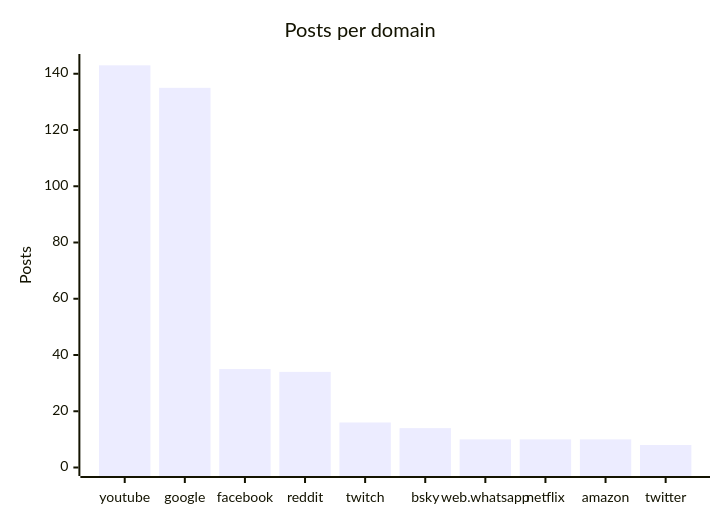
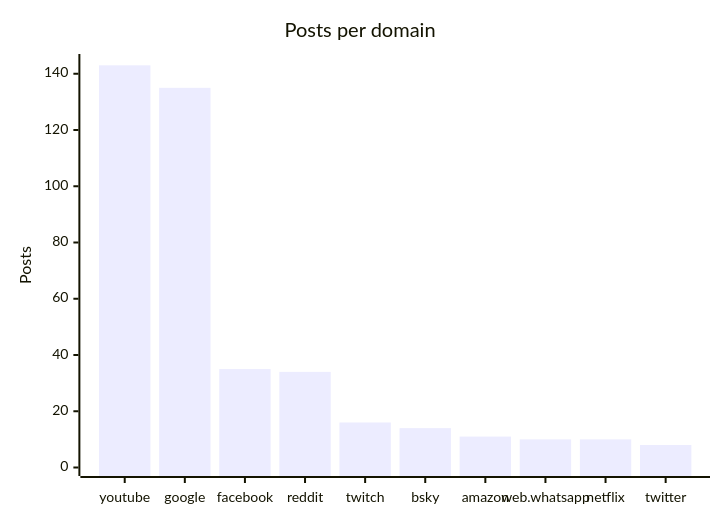
The fourth of 4 diagrams in README.md (martinbalfanz/social-scanner-reports), drawn with Mermaid before and after one commit. The commit also changed other lines of this file and 4 other files, not shown here.

````diff
--- a/README.md
+++ b/README.md
@@ -58,7 +58,7 @@
 ```mermaid
 xychart-beta
     title "Posts per domain"
-    x-axis ["youtube", "google", "facebook", "reddit", "twitch", "bsky", "web.whatsapp", "netflix", "amazon", "twitter"]
+    x-axis ["youtube", "google", "facebook", "reddit", "twitch", "bsky", "amazon", "web.whatsapp", "netflix", "twitter"]
     y-axis "Posts" 0 --> 144
-    bar [143, 135, 35, 34, 16, 14, 10, 10, 10, 8]
+    bar [143, 135, 35, 34, 16, 14, 11, 10, 10, 8]
 ```
````
